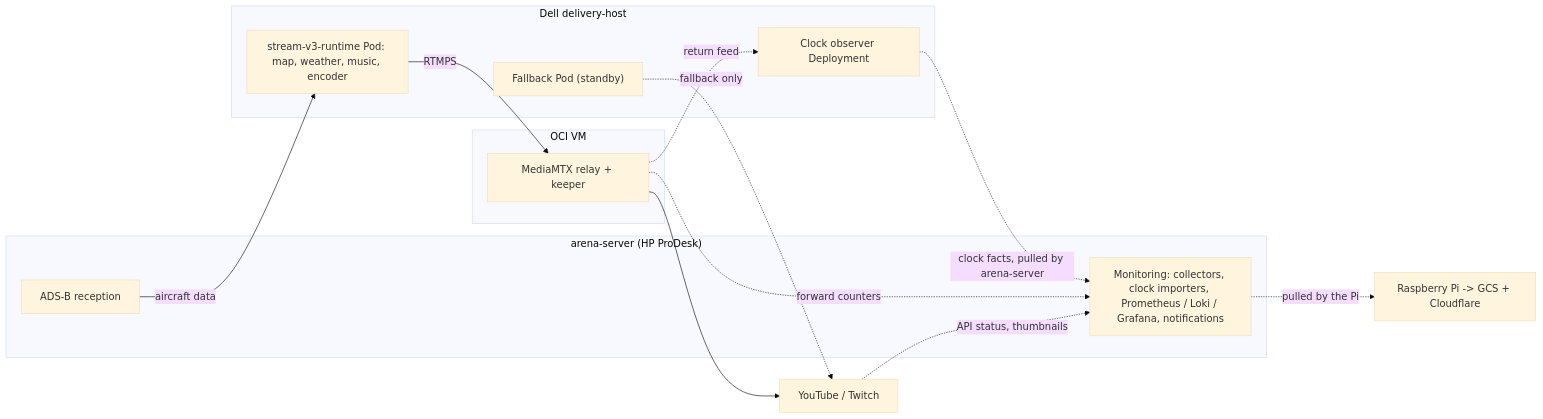
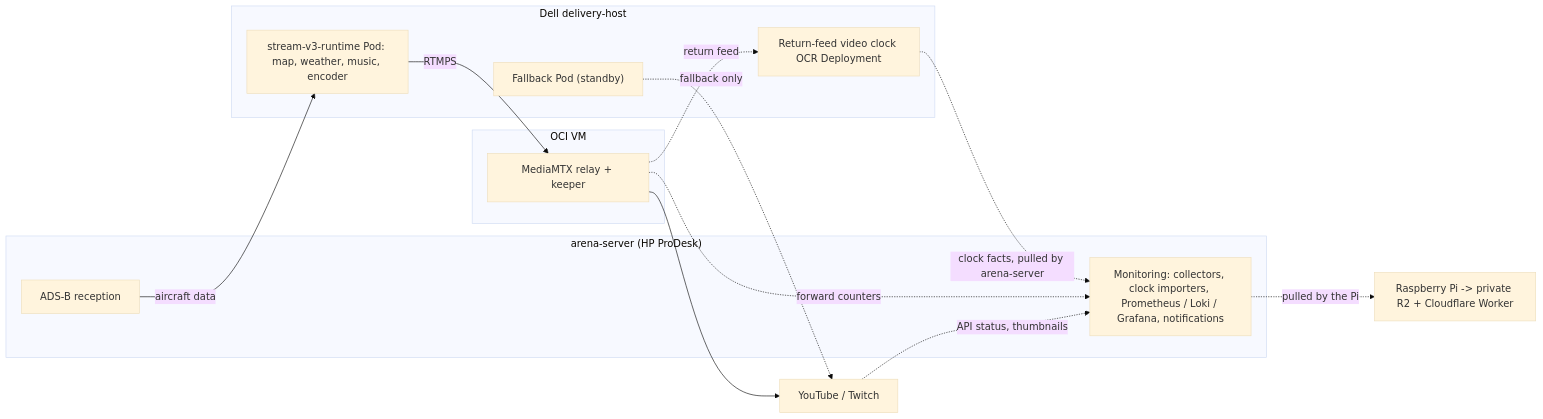
One commit to yukimurata0421/live-stream-systems-case-study changed the first of 5 diagrams in docs/architecture.md. Above: the diagram before and after it, drawn with Mermaid (base theme). The commit also changed other lines of this file and 119 other files, not shown here.

````diff
--- a/docs/architecture.md
+++ b/docs/architecture.md
@@ -40,25 +47,25 @@
 ```mermaid
 flowchart LR
     subgraph ARENA["arena-server (HP ProDesk)"]
         RX["ADS-B reception"]
         MON["Monitoring: collectors, clock importers, Prometheus / Loki / Grafana, notifications"]
     end
     subgraph DELL["Dell delivery-host"]
         PROD["stream-v3-runtime Pod: map, weather, music, encoder"]
-        PROBE["Clock observer Deployment"]
+        PROBE["Return-feed video clock OCR Deployment"]
         FB["Fallback Pod (standby)"]
     end
     subgraph OCI["OCI VM"]
         RELAY["MediaMTX relay + keeper"]
     end
     PLAT["YouTube / Twitch"]
-    PUB["Raspberry Pi -> GCS + Cloudflare"]
+    PUB["Raspberry Pi -> private R2 + Cloudflare Worker"]
     RX -->|"aircraft data"| PROD
     PROD -->|"RTMPS"| RELAY --> PLAT
     FB -. "fallback only" .-> PLAT
     RELAY -. "return feed" .-> PROBE
     PROBE -. "clock facts, pulled by arena-server" .-> MON
     RELAY -. "forward counters" .-> MON
     PLAT -. "API status, thumbnails" .-> MON
     MON -. "pulled by the Pi" .-> PUB
 ```
````
